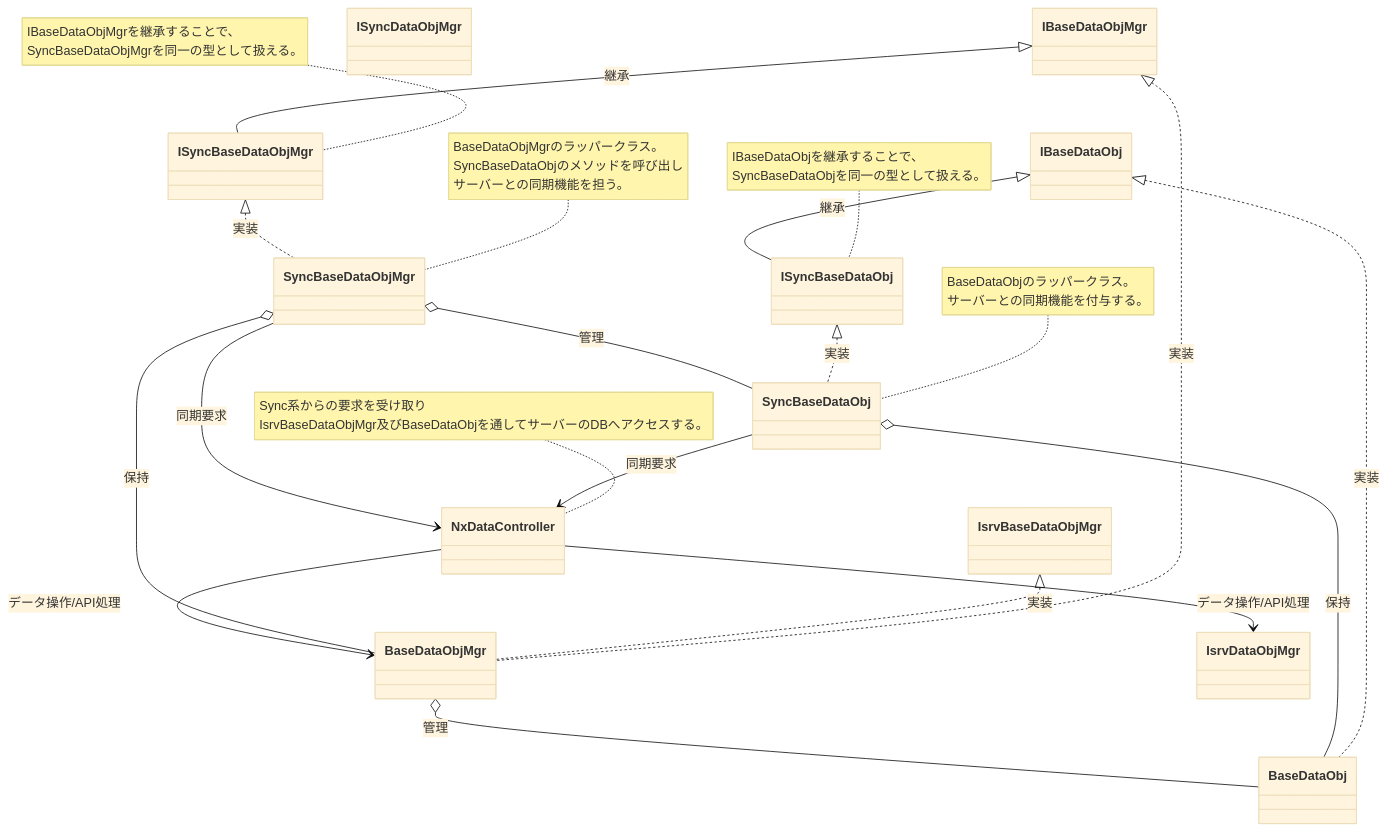
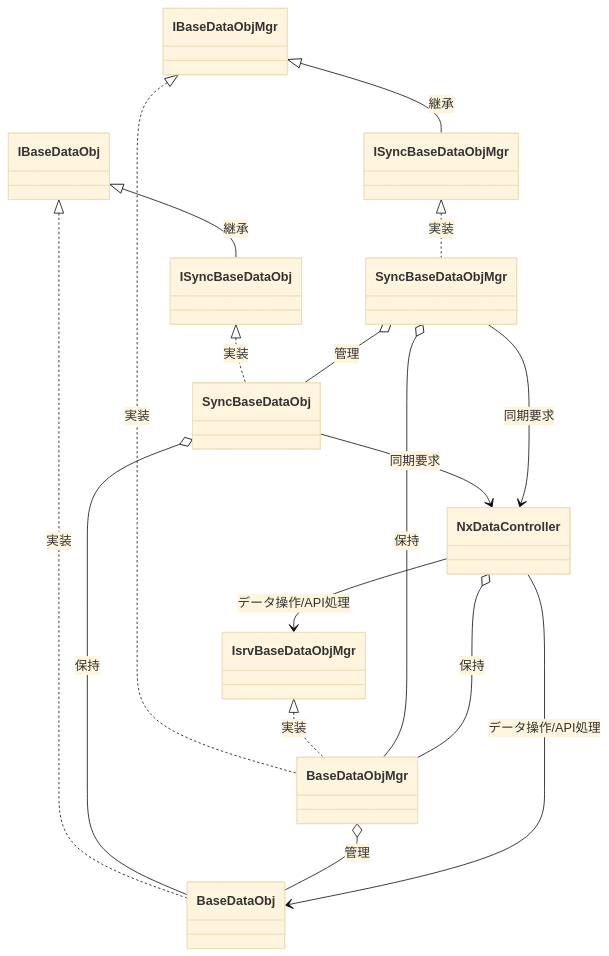
One commit to n-hatanaka/Nx-Rebuild-New changed the diagram in Document/jp_classDiagram.md. Above: the diagram before and after it, drawn with Mermaid (base theme). The commit also changed other lines of this file, not shown here.

Commit message:
Refactor class diagram and update notes

````diff
--- a/Document/jp_classDiagram.md
+++ b/Document/jp_classDiagram.md
@@ -1,51 +1,55 @@
 ```mermaid
 classDiagram
     %% インターフェース
     class IBaseDataObj
     class ISyncBaseDataObj
     class IBaseDataObjMgr
     class IsrvBaseDataObjMgr
-    class ISyncDataObjMgr
+    class ISyncBaseDataObjMgr
 
     %% インターフェース継承
     IBaseDataObj <|-- ISyncBaseDataObj : 継承
     IBaseDataObjMgr <|-- ISyncBaseDataObjMgr : 継承
 
     %% 実装クラス
     class BaseDataObj
     class SyncBaseDataObj
     class SyncBaseDataObjMgr
     class BaseDataObjMgr
     class NxDataController
 
     %% 実装関係
     IBaseDataObj <|.. BaseDataObj : 実装
     ISyncBaseDataObj <|.. SyncBaseDataObj : 実装
     IBaseDataObjMgr <|.. BaseDataObjMgr : 実装
     IsrvBaseDataObjMgr <|.. BaseDataObjMgr : 実装
     ISyncBaseDataObjMgr <|.. SyncBaseDataObjMgr : 実装
 
     %% コンポジション関係（右側はクラス名にする）
     SyncBaseDataObj o-- BaseDataObj : 保持
     SyncBaseDataObjMgr o-- BaseDataObjMgr : 保持
 
     %% 管理関係（右側もクラス名にする）
     BaseDataObjMgr o-- BaseDataObj : 管理
     SyncBaseDataObjMgr o-- SyncBaseDataObj : 管理
 
     %% --- 追加した循環構造 ---
     %% Sync系 → HttpController
     SyncBaseDataObj --> NxDataController : 同期要求
     SyncBaseDataObjMgr --> NxDataController : 同期要求
 
     %% HttpController → DataObjMgr
-    NxDataController --> IsrvDataObjMgr : データ操作/API処理
-    NxDataController --> BaseDataObjMgr : データ操作/API処理
+    NxDataController o-- BaseDataObjMgr : 保持
+    NxDataController --> IsrvBaseDataObjMgr : データ操作/API処理
+    NxDataController --> BaseDataObj : データ操作/API処理
     
     %% 注釈
-    note for SyncBaseDataObj "BaseDataObjのラッパークラス。<br/>サーバーとの同期機能を付与する。"
-    note for SyncBaseDataObjMgr "BaseDataObjMgrのラッパークラス。<br/>SyncBaseDataObjのメソッドを呼び出し<br/>サーバーとの同期機能を担う。"
-    note for ISyncBaseDataObj "IBaseDataObjを継承することで、<br/>SyncBaseDataObjを同一の型として扱える。"
-    note for ISyncBaseDataObjMgr "IBaseDataObjMgrを継承することで、<br/>SyncBaseDataObjMgrを同一の型として扱える。"
-    note for NxDataController "Sync系からの要求を受け取り<br/>IsrvBaseDataObjMgr及びBaseDataObjを通してサーバーのDBへアクセスする。"
+
+    %%note for IBaseDataObj "BaseDataObjとSyncBaseDataObjMgrを<br/>同型として扱うインターフェース。<br/>これを経由してオブジェクトへアクセスすることで<br/>UIの抽象化が可能になる。"
+    %%note for IBaseDataObjMgr "BaseDataObjとSyncBaseDataObjMgrを<br/>同型として扱うインターフェース。<br/>これを経由してオブジェクトへアクセスすることで<br/>UIの抽象化が可能になる。"
+    %%note for SyncBaseDataObj "BaseDataObjのラッパークラス。<br/>サーバーとの同期機能を付与する。"
+    %%note for SyncBaseDataObjMgr "BaseDataObjMgrのラッパークラス。<br/>SyncBaseDataObjのメソッドを呼び出し<br/>サーバーとの同期機能を担う。"
+    %%note for ISyncBaseDataObj "IBaseDataObjを継承することで、<br/>SyncBaseDataObjを同一の型として扱える。"
+    %%note for ISyncBaseDataObjMgr "IBaseDataObjMgrを継承することで、<br/>SyncBaseDataObjMgrを同一の型として扱える。"
+    %%note for NxDataController "Sync系からの要求を受け取り<br/>IsrvBaseDataObjMgr及びBaseDataObjを通してサーバーのDBへアクセスする。"
 ```
````
